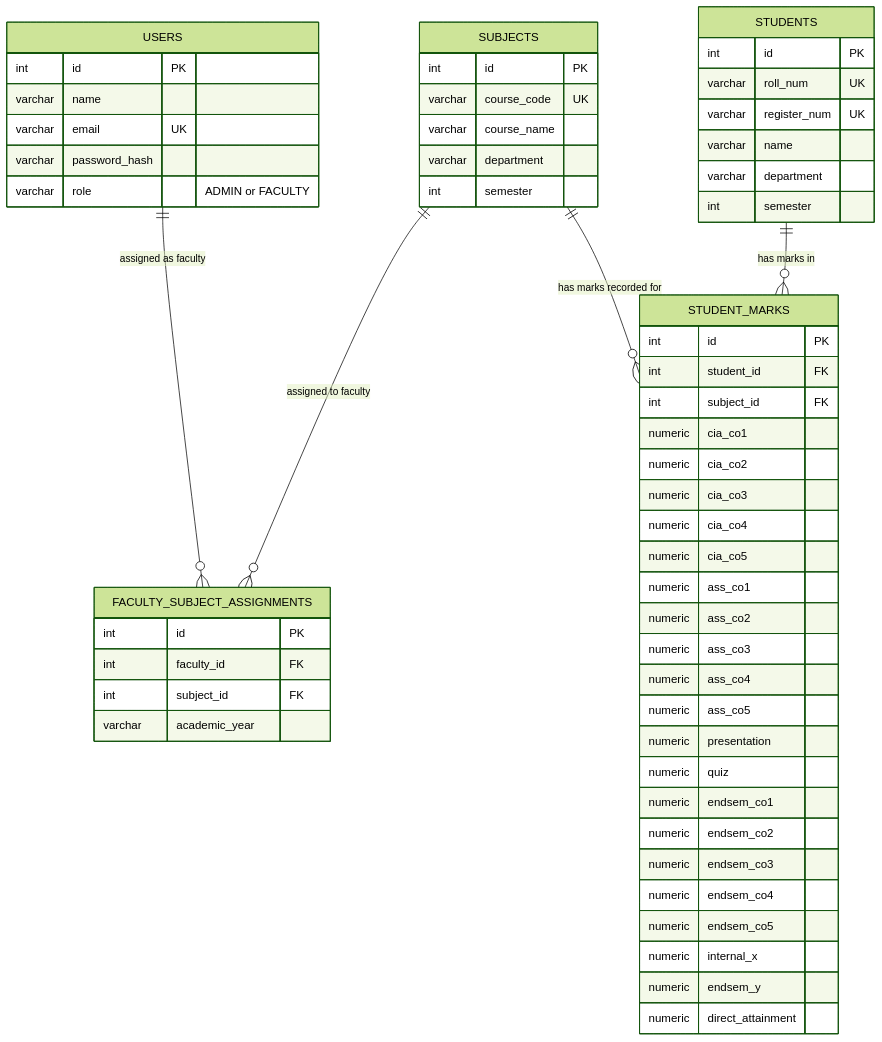
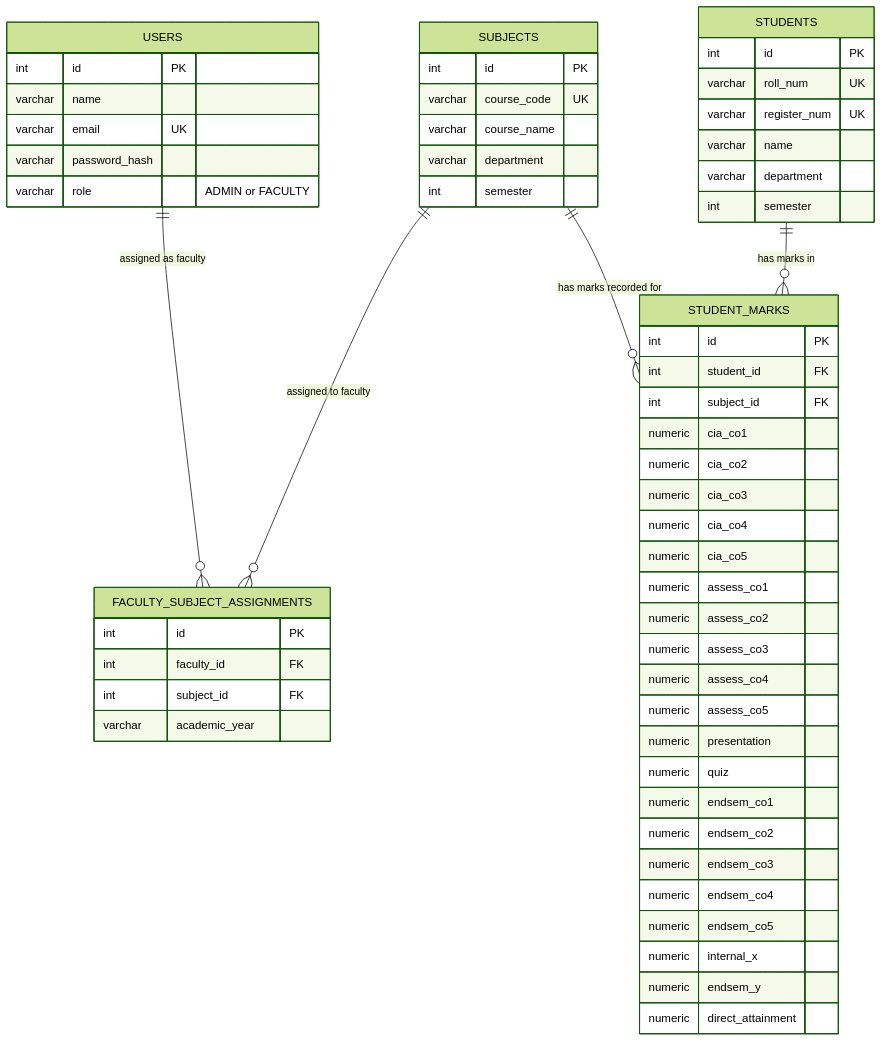
One commit to VarunKumar-005/Student_Grade_Report changed the first of 2 diagrams in README.md. Above: the diagram before and after it, drawn with Mermaid (forest theme).

Commit message:
Rename assessment variables in README.md

````diff
--- a/README.md
+++ b/README.md
@@ -15,65 +15,65 @@
 ```mermaid
 erDiagram
     USERS ||--o{ FACULTY_SUBJECT_ASSIGNMENTS : "assigned as faculty"
     SUBJECTS ||--o{ FACULTY_SUBJECT_ASSIGNMENTS : "assigned to faculty"
     SUBJECTS ||--o{ STUDENT_MARKS : "has marks recorded for"
     STUDENTS ||--o{ STUDENT_MARKS : "has marks in"
 
     USERS {
         int id PK
         varchar name
         varchar email UK
         varchar password_hash
         varchar role "ADMIN or FACULTY"
     }
 
     SUBJECTS {
         int id PK
         varchar course_code UK
         varchar course_name
         varchar department
         int semester
     }
 
     FACULTY_SUBJECT_ASSIGNMENTS {
         int id PK
         int faculty_id FK
         int subject_id FK
         varchar academic_year
     }
 
     STUDENTS {
         int id PK
         varchar roll_num UK
         varchar register_num UK
         varchar name
         varchar department
         int semester
     }
 
     STUDENT_MARKS {
         int id PK
         int student_id FK
         int subject_id FK
         numeric cia_co1
         numeric cia_co2
         numeric cia_co3
         numeric cia_co4
         numeric cia_co5
-        numeric ass_co1
-        numeric ass_co2
-        numeric ass_co3
-        numeric ass_co4
-        numeric ass_co5
+        numeric assess_co1
+        numeric assess_co2
+        numeric assess_co3
+        numeric assess_co4
+        numeric assess_co5
         numeric presentation
         numeric quiz
         numeric endsem_co1
         numeric endsem_co2
         numeric endsem_co3
         numeric endsem_co4
         numeric endsem_co5
         numeric internal_x
         numeric endsem_y
         numeric direct_attainment
     }
 ```
````
